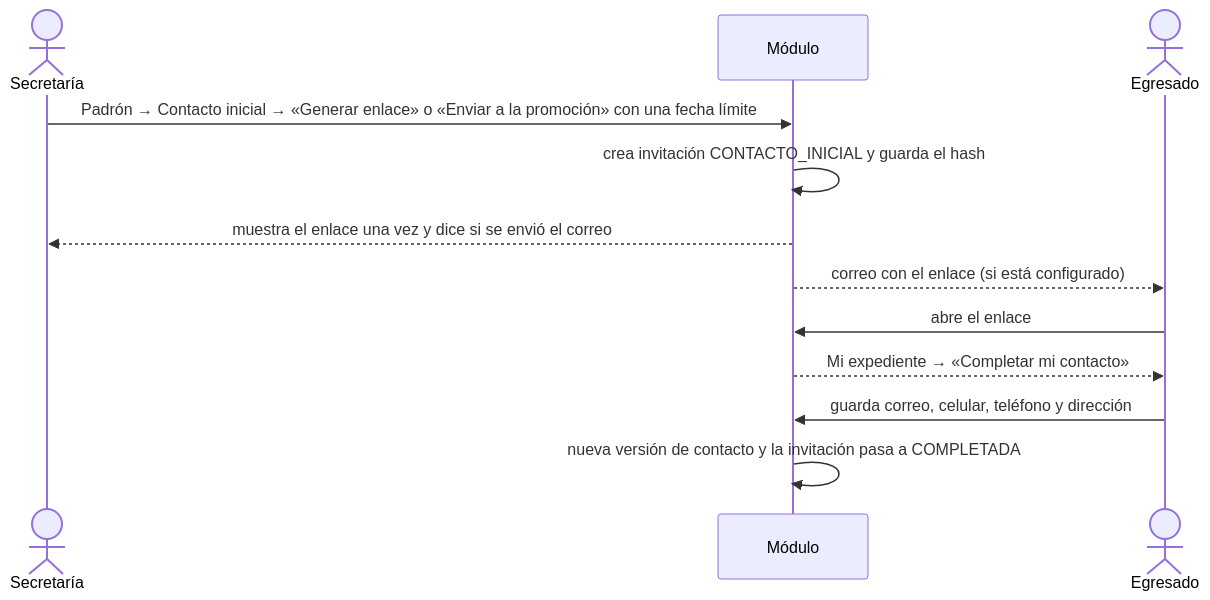
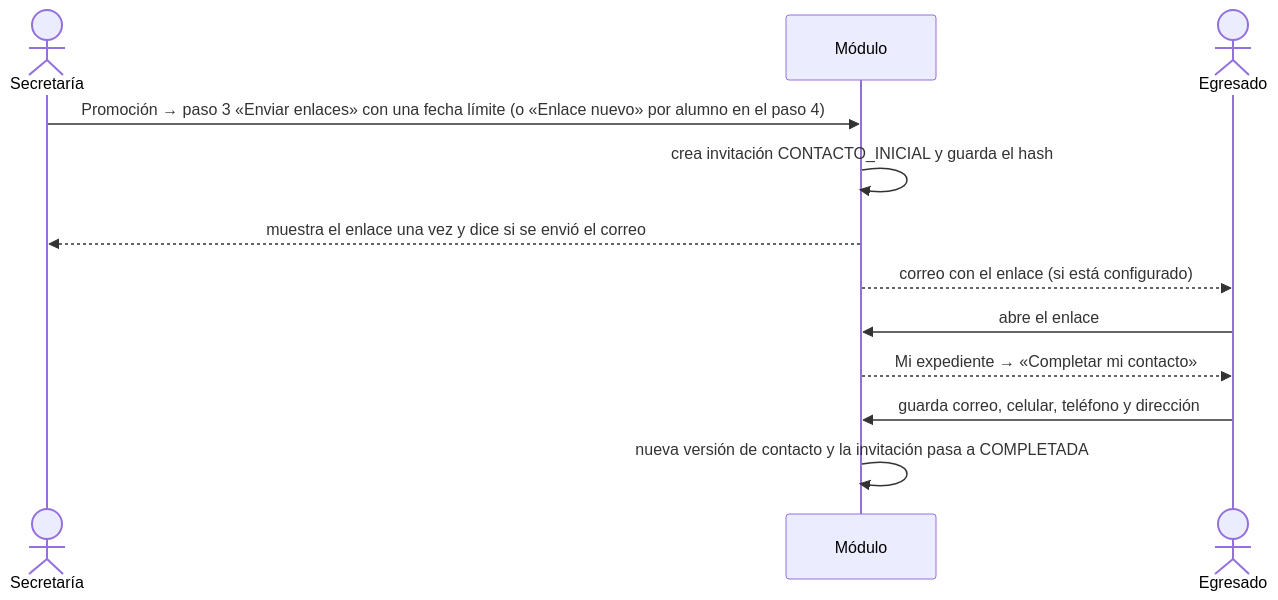
The third of 4 diagrams in docs/seguimiento-egresado/flujo.md (Alex300VA24/project-portal-gestion-direccion-escuela), drawn with Mermaid before and after one commit. The commit also changed other lines of this file and 21 other files, not shown here.

Commit message:
feat(egresado): padrón en flujo lineal por promoción con lista de avance

````diff
--- a/docs/seguimiento-egresado/flujo.md
+++ b/docs/seguimiento-egresado/flujo.md
@@ -68,14 +68,14 @@
 ```mermaid
 sequenceDiagram
     actor S as Secretaría
     participant M as Módulo
     actor E as Egresado
-    S->>M: Padrón → Contacto inicial → «Generar enlace» o «Enviar a la promoción» con una fecha límite
+    S->>M: Promoción → paso 3 «Enviar enlaces» con una fecha límite (o «Enlace nuevo» por alumno en el paso 4)
     M->>M: crea invitación CONTACTO_INICIAL y guarda el hash
     M-->>S: muestra el enlace una vez y dice si se envió el correo
     M-->>E: correo con el enlace (si está configurado)
     E->>M: abre el enlace
     M-->>E: Mi expediente → «Completar mi contacto»
     E->>M: guarda correo, celular, teléfono y dirección
     M->>M: nueva versión de contacto y la invitación pasa a COMPLETADA
 ```
````
